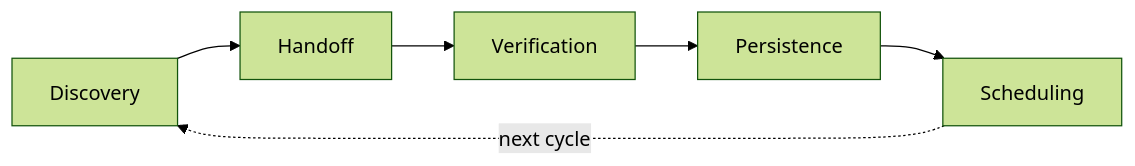
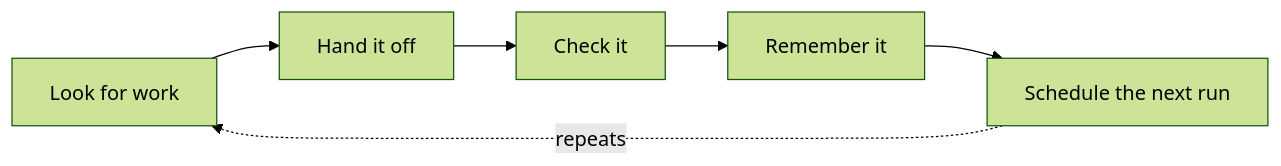
The diagram in README.md (xsefirosus/sefi-agents), drawn with Mermaid (forest theme) before and after one commit. The commit also changed other lines of this file and 29 other files, not shown here.

````diff
--- a/README.md
+++ b/README.md
@@ -138,8 +136,8 @@
 ```mermaid
 flowchart LR
-    A[Discovery] --> B[Handoff]
-    B --> C[Verification]
-    C --> D[Persistence]
-    D --> E[Scheduling]
-    E -.->|next cycle| A
+    A[Look for work] --> B[Hand it off]
+    B --> C[Check it]
+    C --> D[Remember it]
+    D --> E[Schedule the next run]
+    E -.->|repeats| A
 ```
````
